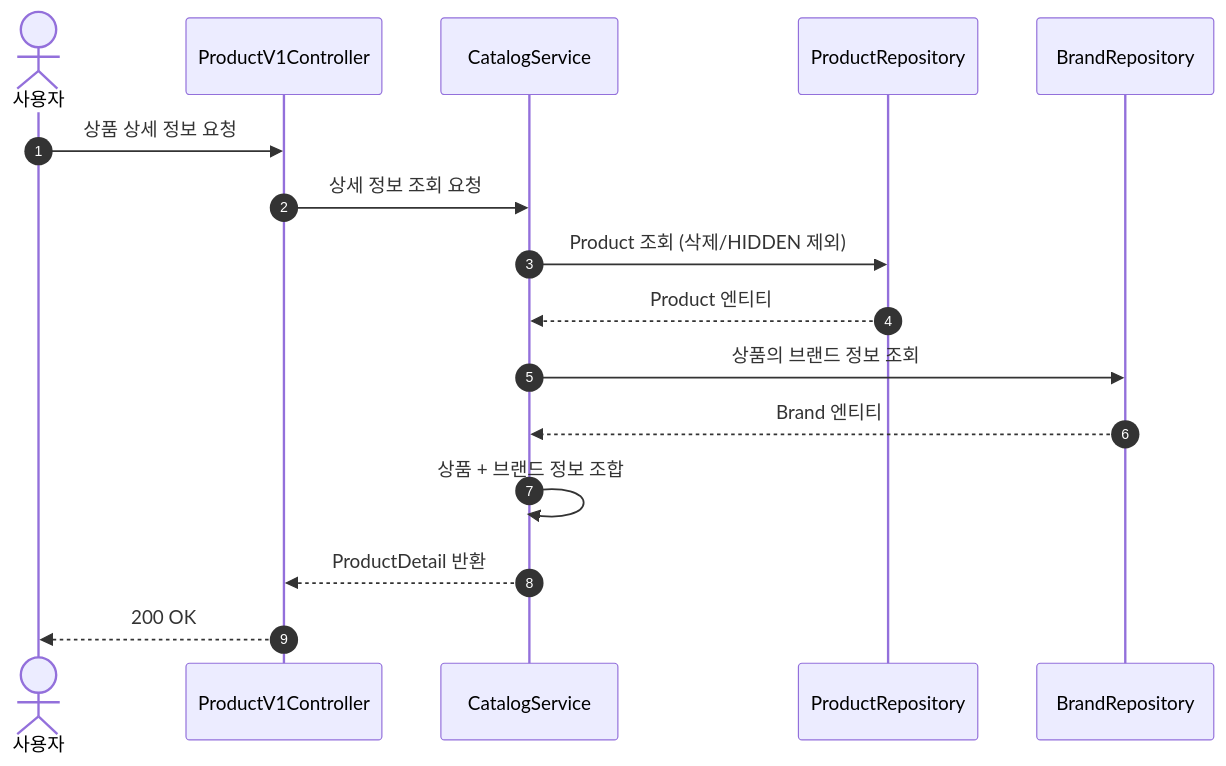
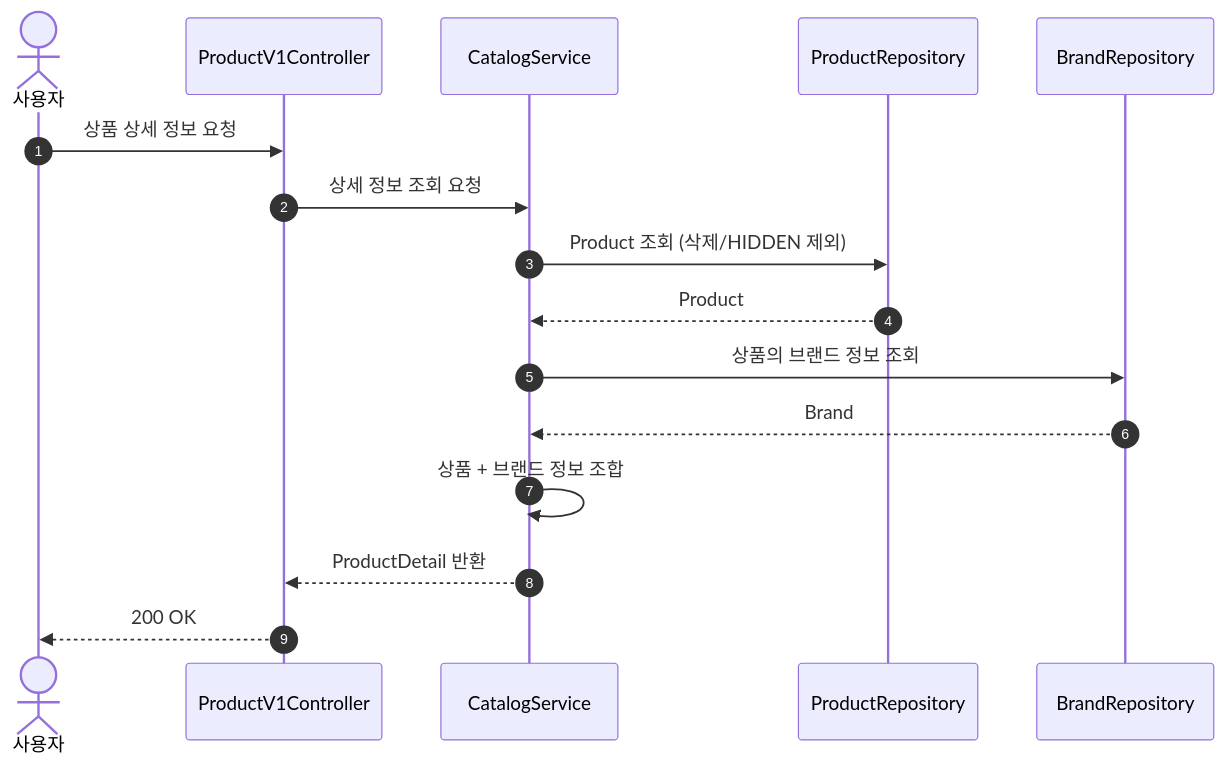
One commit to Loopers-dev-lab/loop-pack-be-l2-vol3-kotlin changed the third of 26 diagrams in docs/design/02-sequence-diagrams.md. Above: the diagram before and after it, drawn with Mermaid. The commit also changed other lines of this file and 6 other files, not shown here.

````diff
--- a/docs/design/02-sequence-diagrams.md
+++ b/docs/design/02-sequence-diagrams.md
@@ -77,18 +77,18 @@
 ```mermaid
 sequenceDiagram
     autonumber
     actor User as 사용자
     participant C as ProductV1Controller
     participant S as CatalogService
     participant PR as ProductRepository
     participant BR as BrandRepository
     User ->> C: 상품 상세 정보 요청
     C ->> S: 상세 정보 조회 요청
     S ->> PR: Product 조회 (삭제/HIDDEN 제외)
-    PR -->> S: Product 엔티티
+    PR -->> S: Product
     S ->> BR: 상품의 브랜드 정보 조회
-    BR -->> S: Brand 엔티티
+    BR -->> S: Brand
     S ->> S: 상품 + 브랜드 정보 조합
     S -->> C: ProductDetail 반환
     C -->> User: 200 OK
 ```
````
